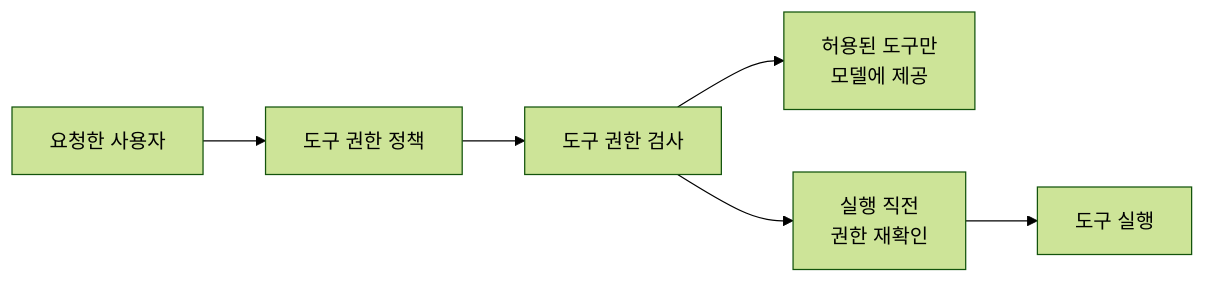
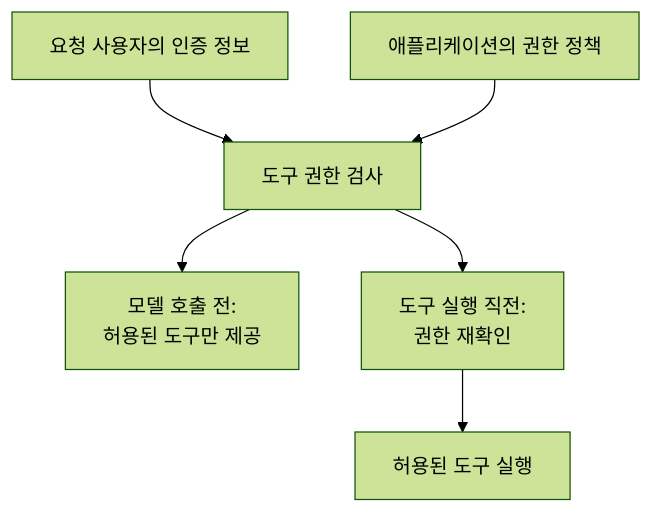
Before and after one commit to ultramancode/spring-ai-privacy-guardrails: the fourth of 4 diagrams in docs/ko/architecture.md, drawn with Mermaid (forest theme). The commit also changed other lines of this file and 61 other files, not shown here.

````diff
--- a/docs/ko/architecture.md
+++ b/docs/ko/architecture.md
@@ -236,8 +253,8 @@
 ```mermaid
-flowchart LR
-    A["요청한 사용자"] --> B["도구 권한 정책"]
-    B --> D["도구 권한 검사"]
-    D --> E["허용된 도구만<br/>모델에 제공"]
-    D --> F["실행 직전<br/>권한 재확인"]
-    F --> G["도구 실행"]
+flowchart TD
+    A["요청 사용자의 인증 정보"] --> D["도구 권한 검사"]
+    B["애플리케이션의 권한 정책"] --> D
+    D --> E["모델 호출 전:<br/>허용된 도구만 제공"]
+    D --> F["도구 실행 직전:<br/>권한 재확인"]
+    F --> G["허용된 도구 실행"]
 ```
````
